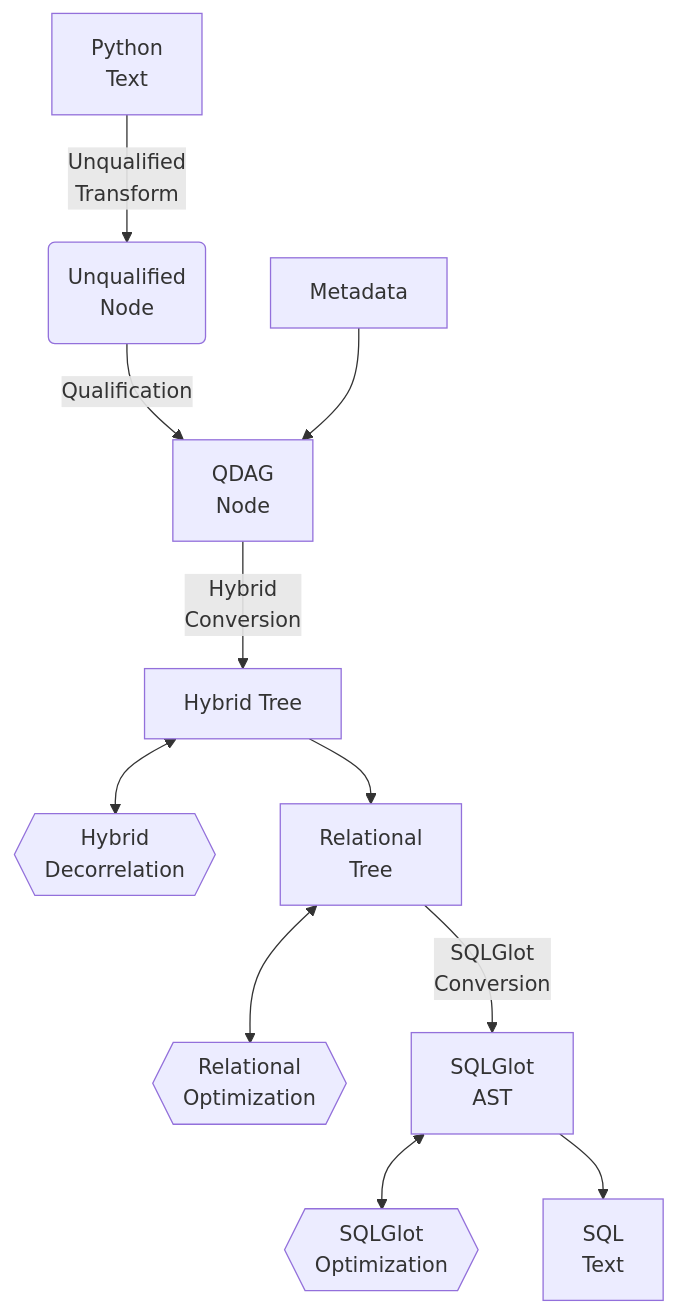
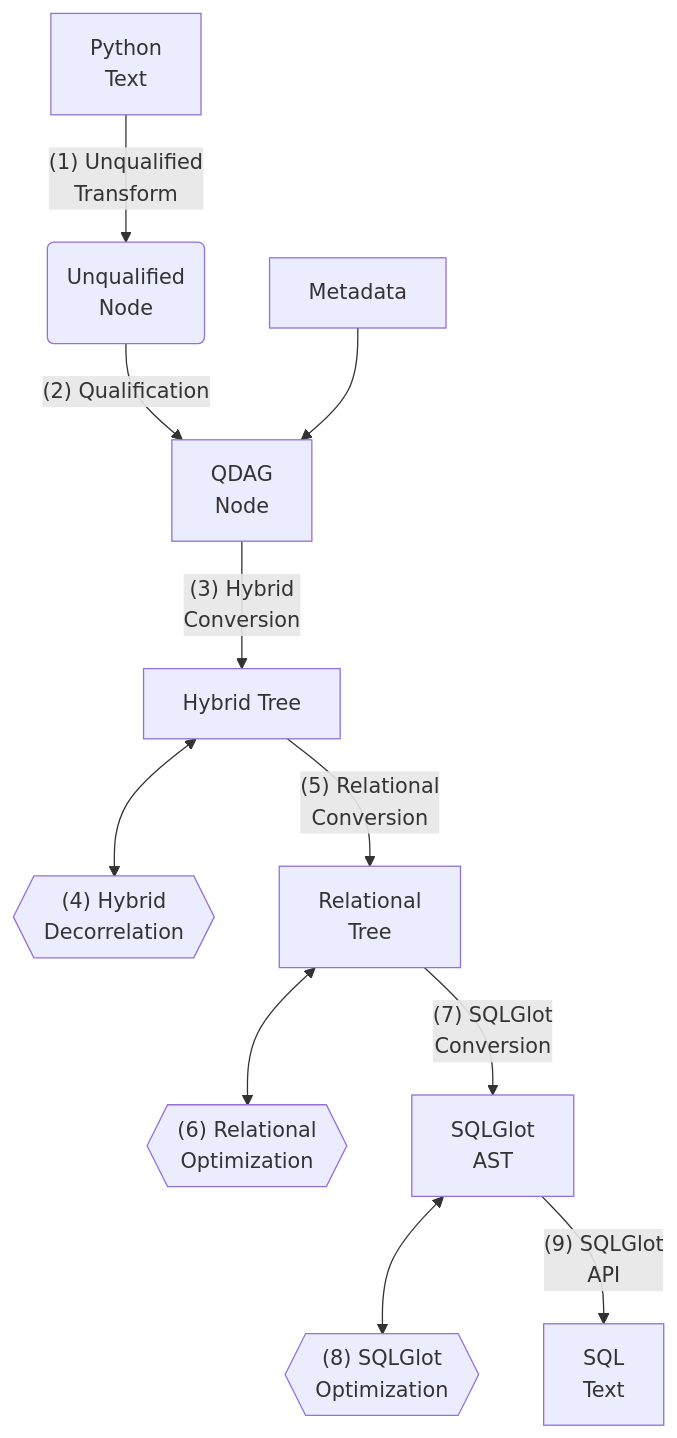
The first of 7 diagrams in documentation/ir.md (bodo-ai/PyDough), drawn with Mermaid before and after one commit. The commit also changed other lines of this file, not shown here.

Commit message:
Further revisions

````diff
--- a/documentation/ir.md
+++ b/documentation/ir.md
@@ -40,25 +40,27 @@
 ```mermaid
 flowchart TD
     A[Python
-    Text] -->|"Unqualified
+    Text] -->|"(1) Unqualified
     Transform"| B(Unqualified
     Node)
-    B -->|Qualification| C[QDAG
+    B -->|"(2) Qualification"| C[QDAG
     Node]
     B'[Metadata] -->C
-    C -->|"Hybrid
+    C -->|"(3) Hybrid
     Conversion"| D[Hybrid Tree]
-    D <--> D'{{Hybrid
-    Decorrelation}}
-    D --> E[Relational
-    Tree]
-    E <--> E'{{Relational
-    Optimization}}
-    F <--> F'{{SQLGlot
-    Optimization}}
-    E -->|SQLGlot
-    Conversion| F[SQLGlot
+    D <--> D'{{"(4) Hybrid
+    Decorrelation"}}
+    D -->|"(5) Relational
+    Conversion"| E["Relational
+    Tree"]
+    E <--> E'{{"(6) Relational
+    Optimization"}}
+    F <--> F'{{"(8) SQLGlot
+    Optimization"}}
+    E -->|"(7) SQLGlot
+    Conversion"| F[SQLGlot
     AST]
-    F --> G[SQL
-    Text]
+    F -->|"(9) SQLGlot
+    API"| G["SQL
+    Text"]
 ```
````
